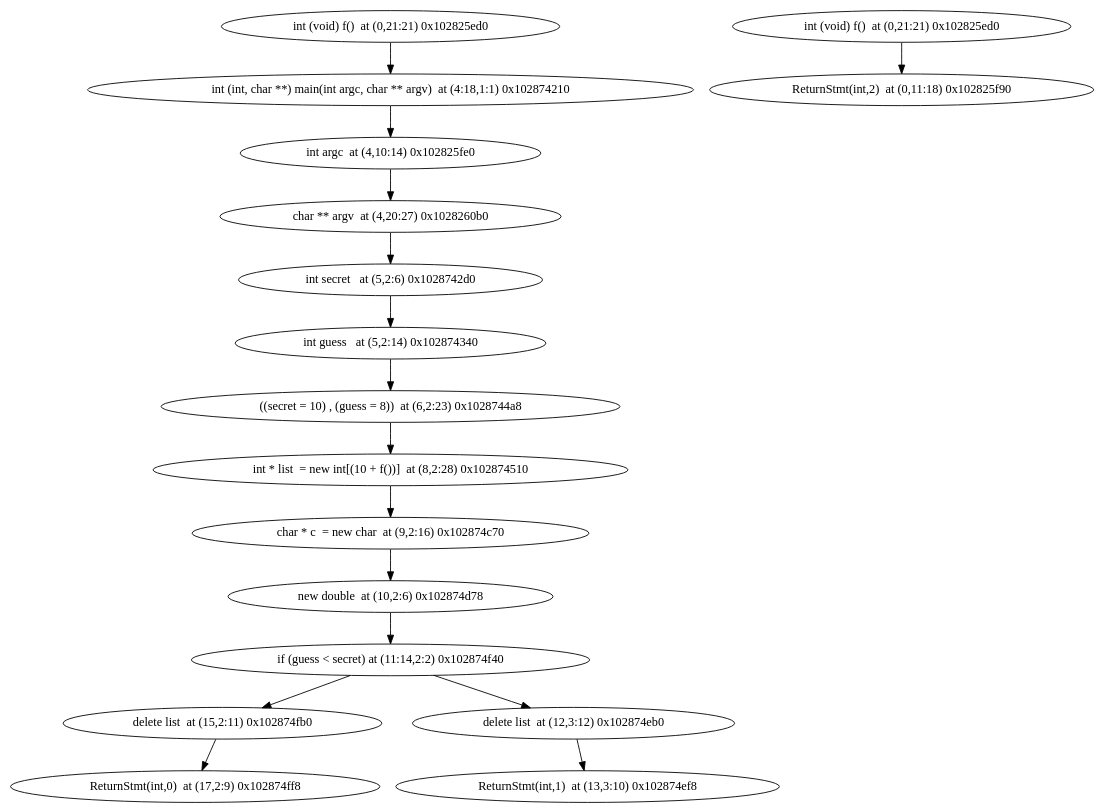
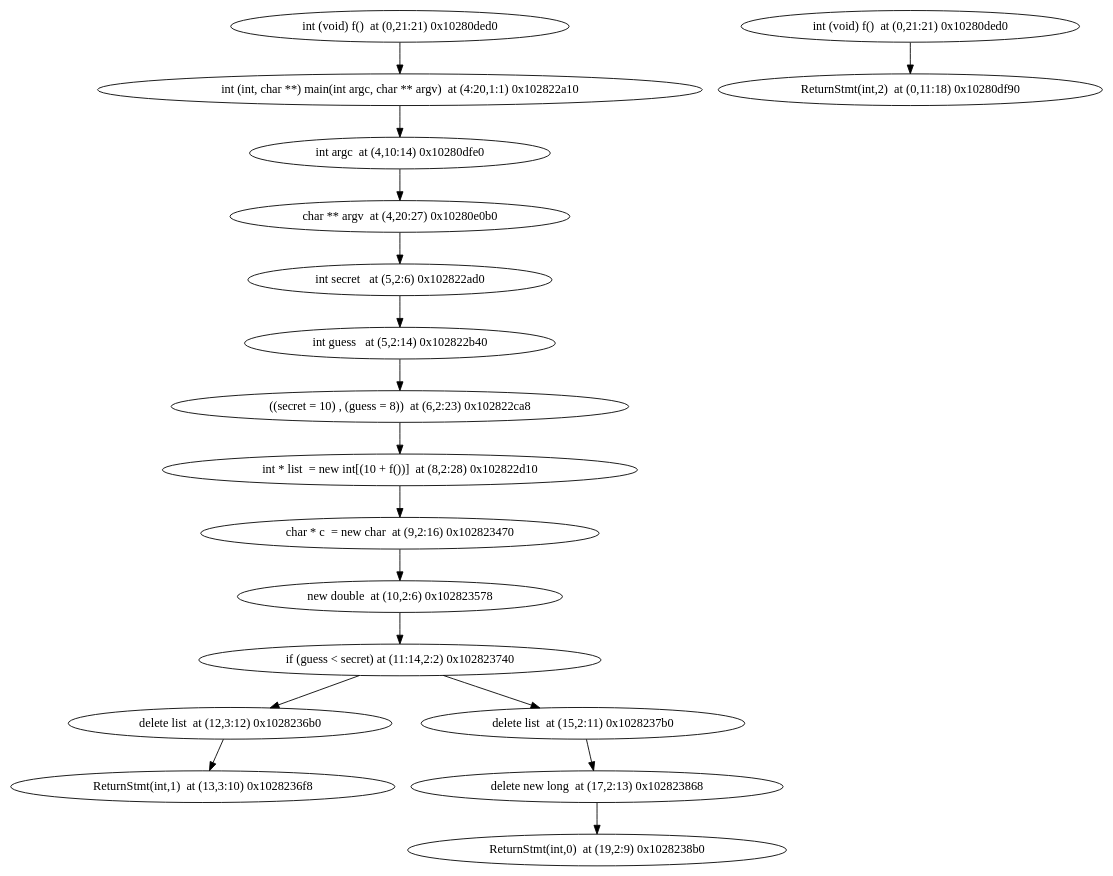
One commit to jxw1102/Projet-merou changed the diagram in ModelChecker/unitary_tests/Model_checker/test.dot. Above: the diagram before and after it, drawn with Graphviz. The commit also changed 294 other files, not shown here.

```diff
--- a/ModelChecker/unitary_tests/Model_checker/test.dot
+++ b/ModelChecker/unitary_tests/Model_checker/test.dot
@@ -1,20 +1,21 @@
 digraph {
-{main0x102825ed0 [label="int (void) f()  at (0,21:21) 0x102825ed0"]} -> {main0x102874210 [label="int (int, char **) main(int argc, char ** argv)  at (4:18,1:1) 0x102874210"]}
-{main0x102874210 [label="int (int, char **) main(int argc, char ** argv)  at (4:18,1:1) 0x102874210"]} -> {main0x102825fe0 [label="int argc  at (4,10:14) 0x102825fe0"]}
-{main0x102825fe0 [label="int argc  at (4,10:14) 0x102825fe0"]} -> {main0x1028260b0 [label="char ** argv  at (4,20:27) 0x1028260b0"]}
-{main0x1028260b0 [label="char ** argv  at (4,20:27) 0x1028260b0"]} -> {main0x1028742d0 [label="int secret   at (5,2:6) 0x1028742d0"]}
-{main0x1028742d0 [label="int secret   at (5,2:6) 0x1028742d0"]} -> {main0x102874340 [label="int guess   at (5,2:14) 0x102874340"]}
-{main0x102874340 [label="int guess   at (5,2:14) 0x102874340"]} -> {main0x1028744a8 [label="((secret = 10) , (guess = 8))  at (6,2:23) 0x1028744a8"]}
-{main0x1028744a8 [label="((secret = 10) , (guess = 8))  at (6,2:23) 0x1028744a8"]} -> {main0x102874510 [label="int * list  = new int[(10 + f())]  at (8,2:28) 0x102874510"]}
-{main0x102874510 [label="int * list  = new int[(10 + f())]  at (8,2:28) 0x102874510"]} -> {main0x102874c70 [label="char * c  = new char  at (9,2:16) 0x102874c70"]}
-{main0x102874c70 [label="char * c  = new char  at (9,2:16) 0x102874c70"]} -> {main0x102874d78 [label="new double  at (10,2:6) 0x102874d78"]}
-{main0x102874d78 [label="new double  at (10,2:6) 0x102874d78"]} -> {main0x102874f40 [label="if (guess < secret) at (11:14,2:2) 0x102874f40"]}
-{main0x102874f40 [label="if (guess < secret) at (11:14,2:2) 0x102874f40"]} -> {main0x102874fb0 [label="delete list  at (15,2:11) 0x102874fb0"]}
-{main0x102874f40 [label="if (guess < secret) at (11:14,2:2) 0x102874f40"]} -> {main0x102874eb0 [label="delete list  at (12,3:12) 0x102874eb0"]}
-{main0x102874fb0 [label="delete list  at (15,2:11) 0x102874fb0"]} -> {main0x102874ff8 [label="ReturnStmt(int,0)  at (17,2:9) 0x102874ff8"]}
-{main0x102874ff8 [label="ReturnStmt(int,0)  at (17,2:9) 0x102874ff8"]}
-{main0x102874eb0 [label="delete list  at (12,3:12) 0x102874eb0"]} -> {main0x102874ef8 [label="ReturnStmt(int,1)  at (13,3:10) 0x102874ef8"]}
-{main0x102874ef8 [label="ReturnStmt(int,1)  at (13,3:10) 0x102874ef8"]}
-{f0x102825ed0 [label="int (void) f()  at (0,21:21) 0x102825ed0"]} -> {f0x102825f90 [label="ReturnStmt(int,2)  at (0,11:18) 0x102825f90"]}
-{f0x102825f90 [label="ReturnStmt(int,2)  at (0,11:18) 0x102825f90"]}
+{main0x10280ded0 [label="int (void) f()  at (0,21:21) 0x10280ded0"]} -> {main0x102822a10 [label="int (int, char **) main(int argc, char ** argv)  at (4:20,1:1) 0x102822a10"]}
+{main0x102822a10 [label="int (int, char **) main(int argc, char ** argv)  at (4:20,1:1) 0x102822a10"]} -> {main0x10280dfe0 [label="int argc  at (4,10:14) 0x10280dfe0"]}
+{main0x10280dfe0 [label="int argc  at (4,10:14) 0x10280dfe0"]} -> {main0x10280e0b0 [label="char ** argv  at (4,20:27) 0x10280e0b0"]}
+{main0x10280e0b0 [label="char ** argv  at (4,20:27) 0x10280e0b0"]} -> {main0x102822ad0 [label="int secret   at (5,2:6) 0x102822ad0"]}
+{main0x102822ad0 [label="int secret   at (5,2:6) 0x102822ad0"]} -> {main0x102822b40 [label="int guess   at (5,2:14) 0x102822b40"]}
+{main0x102822b40 [label="int guess   at (5,2:14) 0x102822b40"]} -> {main0x102822ca8 [label="((secret = 10) , (guess = 8))  at (6,2:23) 0x102822ca8"]}
+{main0x102822ca8 [label="((secret = 10) , (guess = 8))  at (6,2:23) 0x102822ca8"]} -> {main0x102822d10 [label="int * list  = new int[(10 + f())]  at (8,2:28) 0x102822d10"]}
+{main0x102822d10 [label="int * list  = new int[(10 + f())]  at (8,2:28) 0x102822d10"]} -> {main0x102823470 [label="char * c  = new char  at (9,2:16) 0x102823470"]}
+{main0x102823470 [label="char * c  = new char  at (9,2:16) 0x102823470"]} -> {main0x102823578 [label="new double  at (10,2:6) 0x102823578"]}
+{main0x102823578 [label="new double  at (10,2:6) 0x102823578"]} -> {main0x102823740 [label="if (guess < secret) at (11:14,2:2) 0x102823740"]}
+{main0x102823740 [label="if (guess < secret) at (11:14,2:2) 0x102823740"]} -> {main0x1028236b0 [label="delete list  at (12,3:12) 0x1028236b0"]}
+{main0x102823740 [label="if (guess < secret) at (11:14,2:2) 0x102823740"]} -> {main0x1028237b0 [label="delete list  at (15,2:11) 0x1028237b0"]}
+{main0x1028236b0 [label="delete list  at (12,3:12) 0x1028236b0"]} -> {main0x1028236f8 [label="ReturnStmt(int,1)  at (13,3:10) 0x1028236f8"]}
+{main0x1028236f8 [label="ReturnStmt(int,1)  at (13,3:10) 0x1028236f8"]}
+{main0x1028237b0 [label="delete list  at (15,2:11) 0x1028237b0"]} -> {main0x102823868 [label="delete new long  at (17,2:13) 0x102823868"]}
+{main0x102823868 [label="delete new long  at (17,2:13) 0x102823868"]} -> {main0x1028238b0 [label="ReturnStmt(int,0)  at (19,2:9) 0x1028238b0"]}
+{main0x1028238b0 [label="ReturnStmt(int,0)  at (19,2:9) 0x1028238b0"]}
+{f0x10280ded0 [label="int (void) f()  at (0,21:21) 0x10280ded0"]} -> {f0x10280df90 [label="ReturnStmt(int,2)  at (0,11:18) 0x10280df90"]}
+{f0x10280df90 [label="ReturnStmt(int,2)  at (0,11:18) 0x10280df90"]}
 }
```
